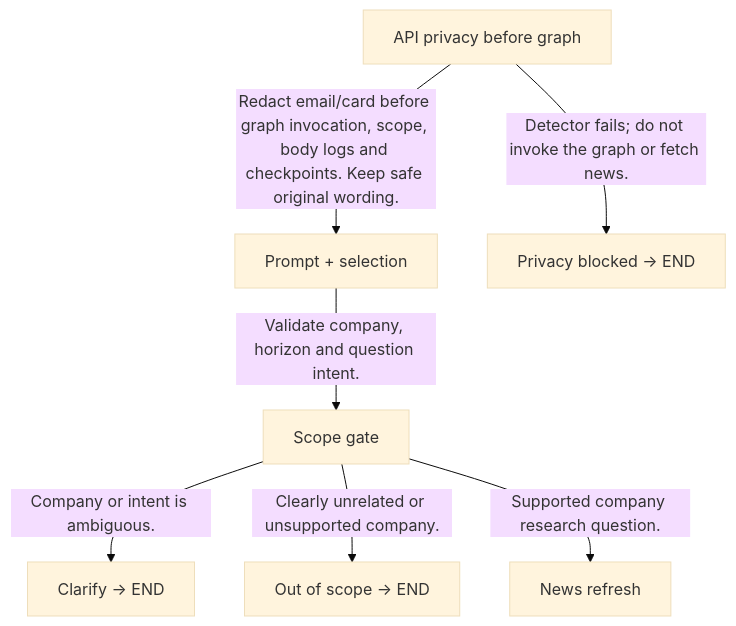
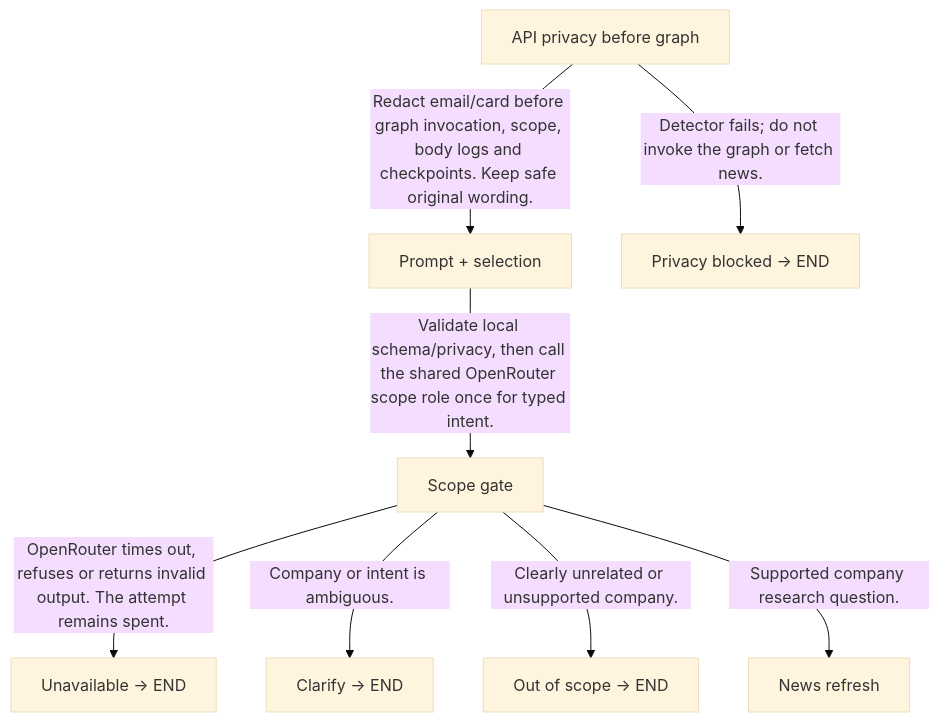
Before and after one commit to ByronHo68/ai-learning-academy: the first of 11 diagrams in docs/FINANCIAL_REPORT_PROJECT.md, drawn with Mermaid (base theme). The commit also changed other lines of this file and 81 other files, not shown here.

Commit message:
Route finance LLM calls through a shared OpenRouter gateway

````diff
--- a/docs/FINANCIAL_REPORT_PROJECT.md
+++ b/docs/FINANCIAL_REPORT_PROJECT.md
@@ -801,16 +822,18 @@
 ```mermaid
 flowchart TD
   n0["API privacy before graph"]
   n1["Prompt + selection"]
   n2["Privacy blocked → END"]
   n3["Scope gate"]
-  n4["Clarify → END"]
-  n5["Out of scope → END"]
-  n6["News refresh"]
+  n4["Unavailable → END"]
+  n5["Clarify → END"]
+  n6["Out of scope → END"]
+  n7["News refresh"]
   n0 -->|"Redact email/card before graph invocation, scope, body logs and checkpoints. Keep safe original wording."| n1
   n0 -->|"Detector fails; do not invoke the graph or fetch news."| n2
-  n1 -->|"Validate company, horizon and question intent."| n3
-  n3 -->|"Company or intent is ambiguous."| n4
-  n3 -->|"Clearly unrelated or unsupported company."| n5
-  n3 -->|"Supported company research question."| n6
+  n1 -->|"Validate local schema/privacy, then call the shared OpenRouter scope role once for typed intent."| n3
+  n3 -->|"OpenRouter times out, refuses or returns invalid output. The attempt remains spent."| n4
+  n3 -->|"Company or intent is ambiguous."| n5
+  n3 -->|"Clearly unrelated or unsupported company."| n6
+  n3 -->|"Supported company research question."| n7
 ```
````
